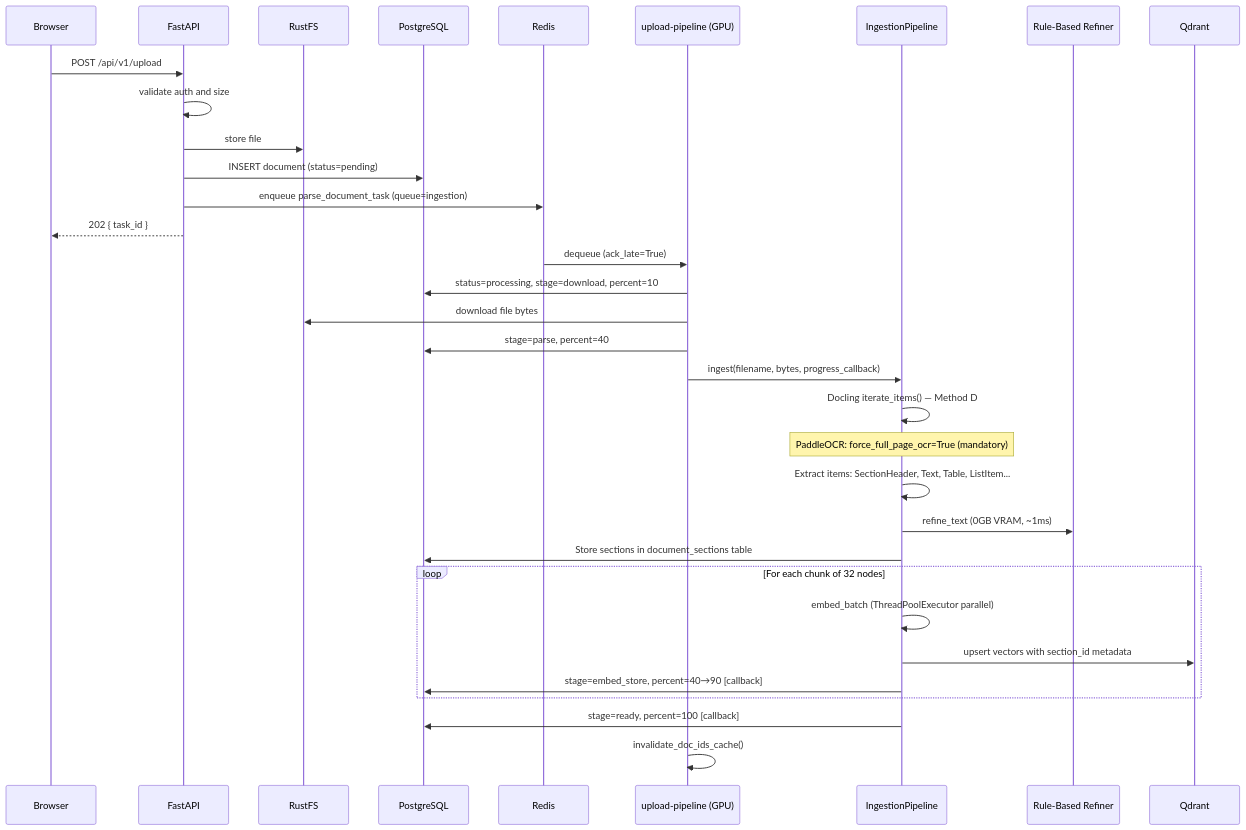
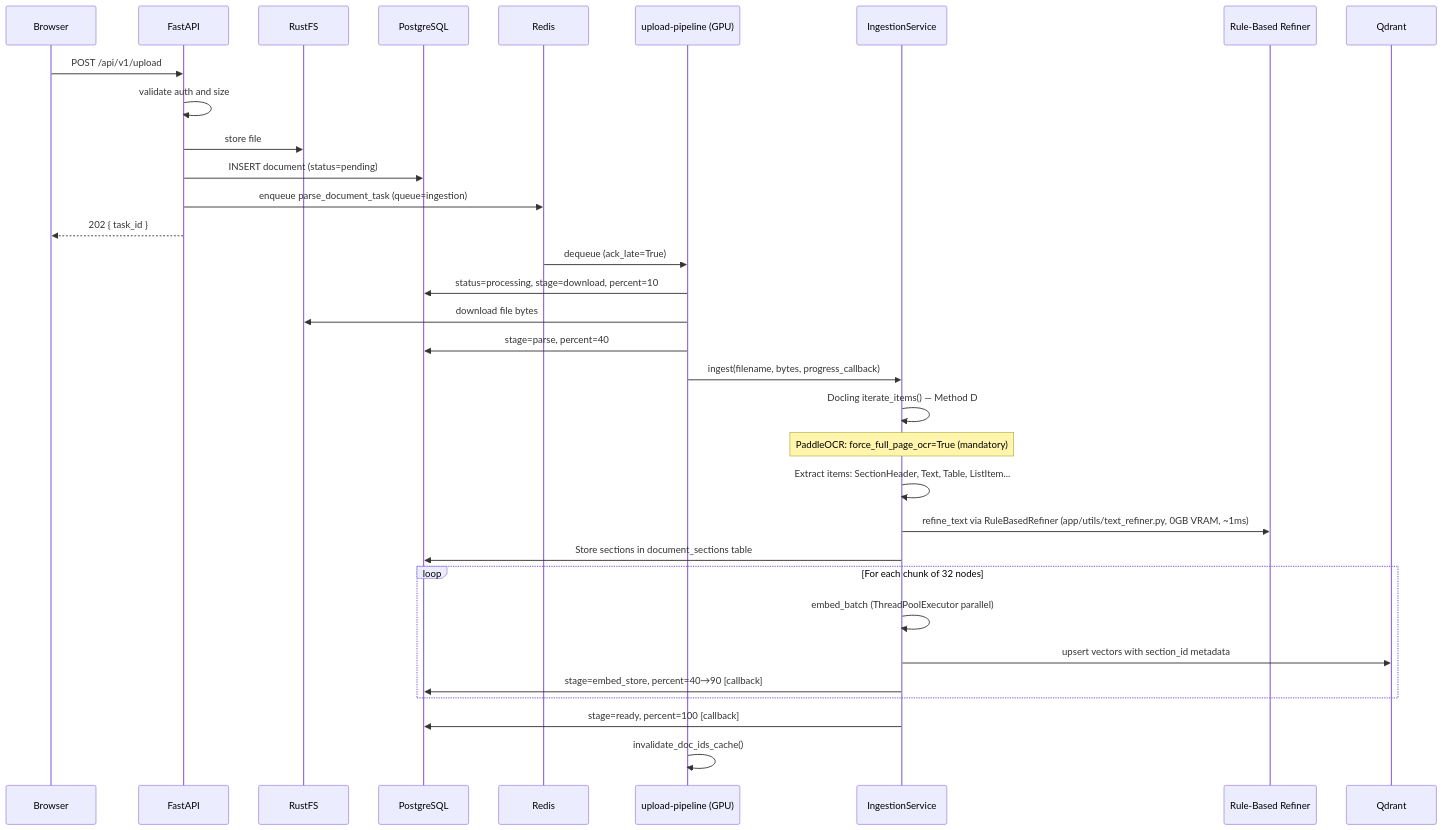
The first of 5 diagrams in docs/02_WORKFLOWS.md (qtuanph/chatbot-rag), drawn with Mermaid before and after one commit. The commit also changed other lines of this file and 90 other files, not shown here.

````diff
--- a/docs/02_WORKFLOWS.md
+++ b/docs/02_WORKFLOWS.md
@@ -7,41 +7,41 @@
 ```mermaid
 sequenceDiagram
     participant Browser
     participant API as FastAPI
     participant RustFS
     participant DB as PostgreSQL
     participant Redis
     participant Worker as upload-pipeline (GPU)
-    participant Pipeline as IngestionPipeline
+    participant Pipeline as IngestionService
     participant Refiner as Rule-Based Refiner
     participant Qdrant
 
     Browser->>API: POST /api/v1/upload
     API->>API: validate auth and size
     API->>RustFS: store file
     API->>DB: INSERT document (status=pending)
     API->>Redis: enqueue parse_document_task (queue=ingestion)
     API-->>Browser: 202 { task_id }
 
     Redis->>Worker: dequeue (ack_late=True)
     Worker->>DB: status=processing, stage=download, percent=10
     Worker->>RustFS: download file bytes
 
     Worker->>DB: stage=parse, percent=40
     Worker->>Pipeline: ingest(filename, bytes, progress_callback)
 
     Pipeline->>Pipeline: Docling iterate_items() — Method D
     Note over Pipeline: PaddleOCR: force_full_page_ocr=True (mandatory)
     Pipeline->>Pipeline: Extract items: SectionHeader, Text, Table, ListItem...
-    Pipeline->>Refiner: refine_text (0GB VRAM, ~1ms)
+    Pipeline->>Refiner: refine_text via RuleBasedRefiner (app/utils/text_refiner.py, 0GB VRAM, ~1ms)
     Pipeline->>DB: Store sections in document_sections table
 
     loop For each chunk of 32 nodes
         Pipeline->>Pipeline: embed_batch (ThreadPoolExecutor parallel)
         Pipeline->>Qdrant: upsert vectors with section_id metadata
         Pipeline->>DB: stage=embed_store, percent=40→90 [callback]
     end
 
     Pipeline->>DB: stage=ready, percent=100 [callback]
     Worker->>Worker: invalidate_doc_ids_cache()
 ```
````
